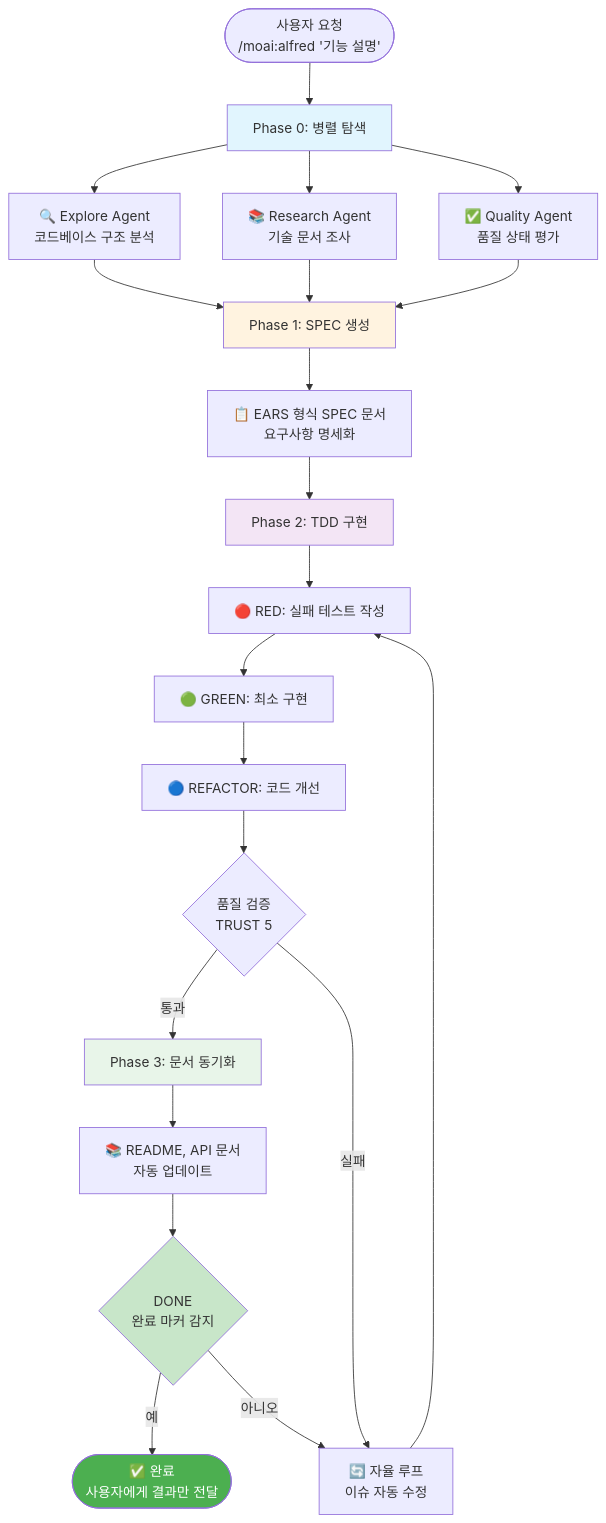
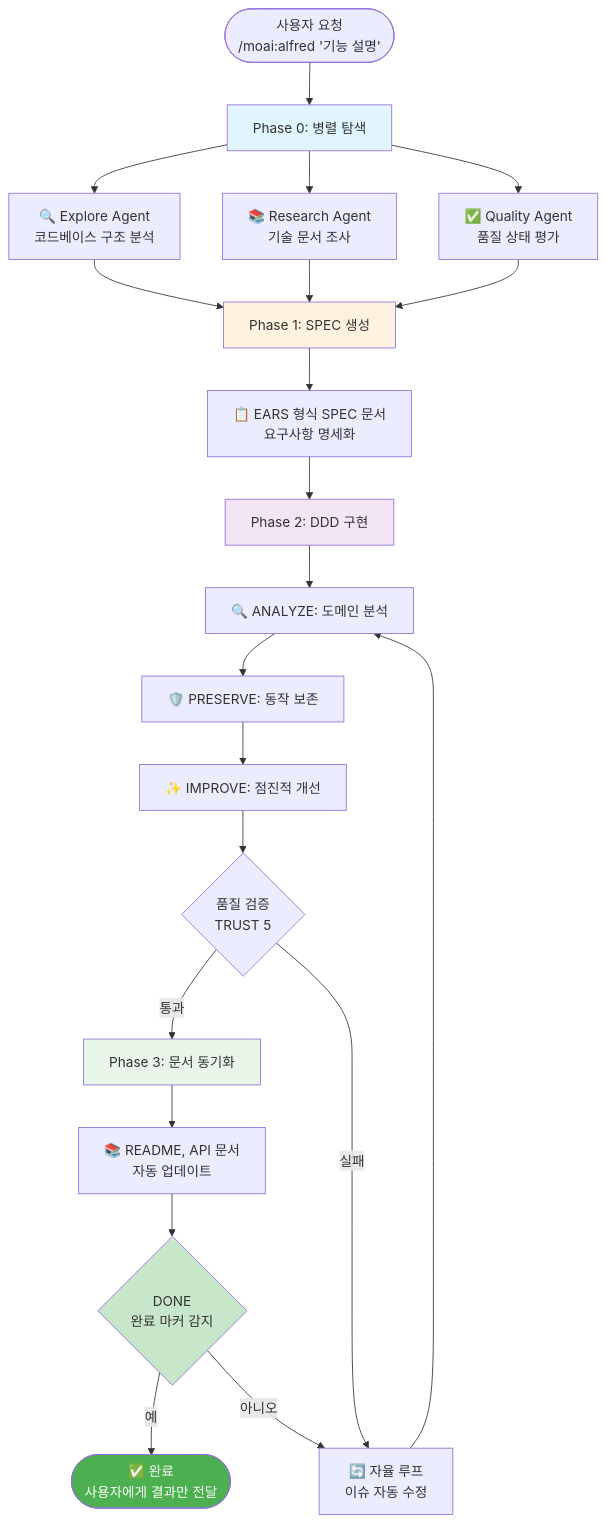
The first of 8 diagrams in README.ko.md (modu-ai/moai-adk), drawn with Mermaid before and after one commit. The commit also changed other lines of this file and 125 other files, not shown here.

````diff
--- a/README.ko.md
+++ b/README.ko.md
@@ -540,41 +496,41 @@
 ```mermaid
 flowchart TB
     Start([사용자 요청<br/>/moai:alfred '기능 설명']) --> Phase0[Phase 0: 병렬 탐색]
 
     Phase0 --> Explore[🔍 Explore Agent<br/>코드베이스 구조 분석]
     Phase0 --> Research[📚 Research Agent<br/>기술 문서 조사]
     Phase0 --> Quality[✅ Quality Agent<br/>품질 상태 평가]
 
     Explore --> Phase1[Phase 1: SPEC 생성]
     Research --> Phase1
     Quality --> Phase1
 
     Phase1 --> Spec[📋 EARS 형식 SPEC 문서<br/>요구사항 명세화]
 
-    Spec --> Phase2[Phase 2: TDD 구현]
+    Spec --> Phase2[Phase 2: DDD 구현]
 
-    Phase2 --> Red[🔴 RED: 실패 테스트 작성]
-    Red --> Green[🟢 GREEN: 최소 구현]
-    Green --> Refactor[🔵 REFACTOR: 코드 개선]
+    Phase2 --> Analyze[🔍 ANALYZE: 도메인 분석]
+    Analyze --> Preserve[🛡️ PRESERVE: 동작 보존]
+    Preserve --> Improve[✨ IMPROVE: 점진적 개선]
 
-    Refactor --> Check{품질 검증<br/>TRUST 5}
+    Improve --> Check{품질 검증<br/>TRUST 5}
 
     Check -->|통과| Phase3[Phase 3: 문서 동기화]
     Check -->|실패| Loop[🔄 자율 루프<br/>이슈 자동 수정]
 
-    Loop --> Red
+    Loop --> Analyze
 
     Phase3 --> Docs[📚 README, API 문서<br/>자동 업데이트]
 
     Docs --> Done{<moai>DONE</moai><br/>완료 마커 감지}
 
     Done -->|예| End([✅ 완료<br/>사용자에게 결과만 전달])
     Done -->|아니오| Loop
 
     style Phase0 fill:#e1f5fe
     style Phase1 fill:#fff3e0
     style Phase2 fill:#f3e5f5
     style Phase3 fill:#e8f5e9
     style Done fill:#c8e6c9
     style End fill:#4caf50,color:#fff
 ```
````
